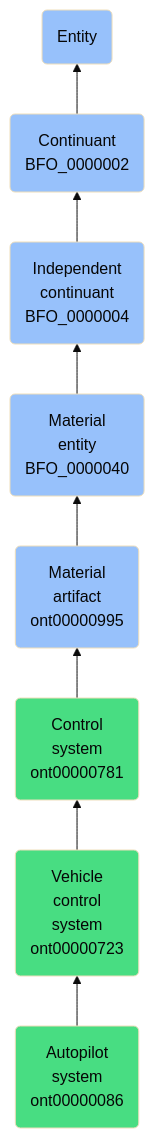
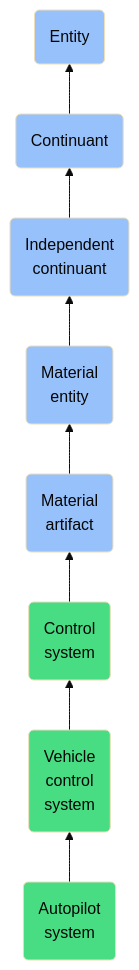
The diagram in docs/ontology/reference/model/Entity/Continuant/Independent continuant/Material entity/Material artifact/Control system/Vehicle control system/Autopilot system/Autopilot system.md (jupyter-naas/abi), drawn with Mermaid (base theme) before and after one commit. The commit also changed other lines of this file and 1430 other files, not shown here.

````diff
--- a/docs/ontology/reference/model/Entity/Continuant/Independent continuant/Material entity/Material artifact/Control system/Vehicle control system/Autopilot system/Autopilot system.md
+++ b/docs/ontology/reference/model/Entity/Continuant/Independent continuant/Material entity/Material artifact/Control system/Vehicle control system/Autopilot system/Autopilot system.md
@@ -24,15 +24,15 @@
 ```mermaid
 graph BT
-    ont00000086(Autopilot<br>system<br>ont00000086):::ABI-->ont00000723
-    ont00000723(Vehicle<br>control<br>system<br>ont00000723):::ABI-->ont00000781
-    ont00000781(Control<br>system<br>ont00000781):::ABI-->ont00000995
-    ont00000995(Material<br>artifact<br>ont00000995):::BFO-->BFO_0000040
-    BFO_0000040(Material<br>entity<br>BFO_0000040):::BFO-->BFO_0000004
-    BFO_0000004(Independent<br>continuant<br>BFO_0000004):::BFO-->BFO_0000002
-    BFO_0000002(Continuant<br>BFO_0000002):::BFO-->BFO_0000001
+    ont00000086(Autopilot<br>system):::ABI-->ont00000723
+    ont00000723(Vehicle<br>control<br>system):::ABI-->ont00000781
+    ont00000781(Control<br>system):::ABI-->ont00000995
+    ont00000995(Material<br>artifact):::BFO-->BFO_0000040
+    BFO_0000040(Material<br>entity):::BFO-->BFO_0000004
+    BFO_0000004(Independent<br>continuant):::BFO-->BFO_0000002
+    BFO_0000002(Continuant):::BFO-->BFO_0000001
     BFO_0000001(Entity):::BFO
     
     classDef BFO fill:#97c1fb,color:#060606
     classDef CCO fill:#e4c51e,color:#060606
     classDef ABI fill:#48DD82,color:#060606
 ```
````
